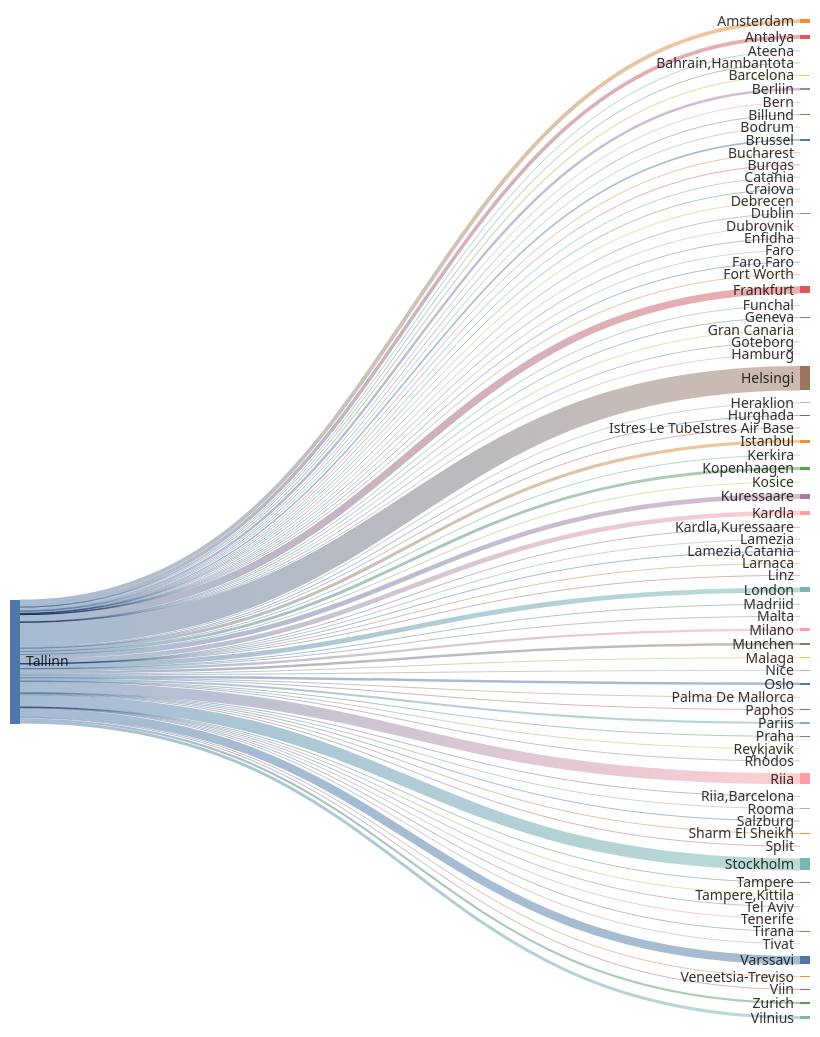
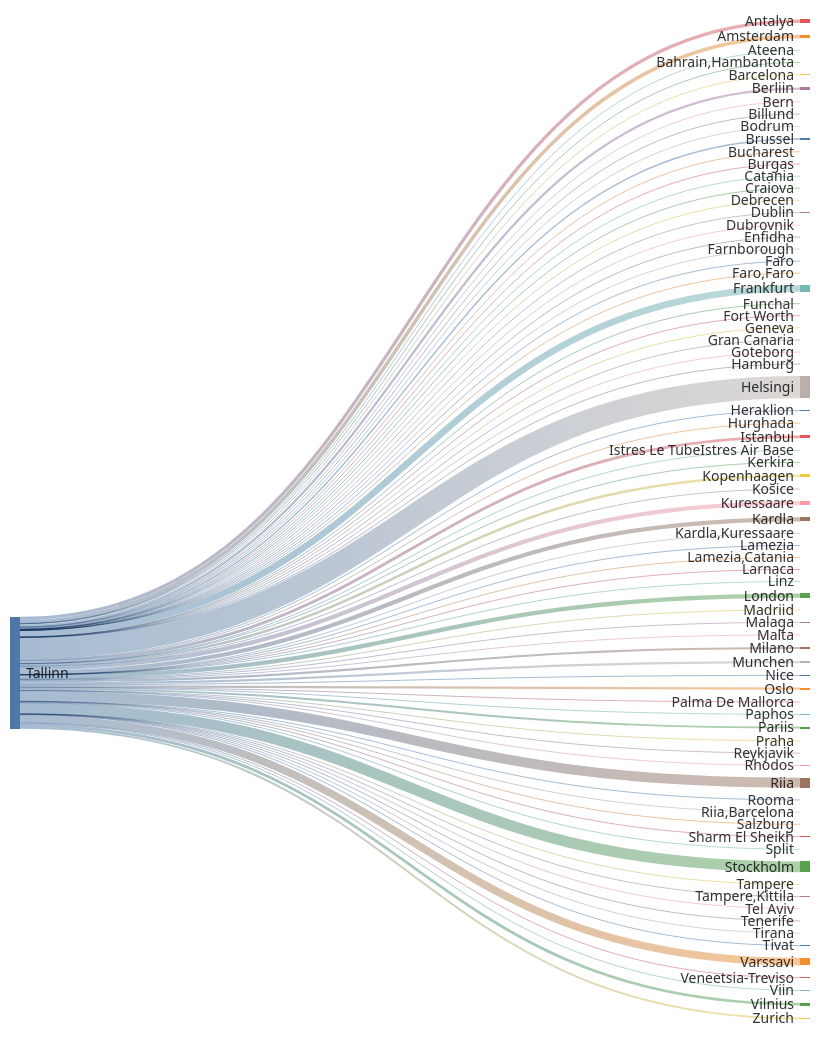
Before and after one commit to rainermesi/tll-airport-departures: the second of 2 diagrams in README.md, drawn with Mermaid. The commit also changed other lines of this file and 1 other file, not shown here.

````diff
--- a/README.md
+++ b/README.md
@@ -41,80 +41,81 @@
 ---
 sankey-beta
 %% source,target,value
-Tallinn,Amsterdam,449
-Tallinn,Antalya,412
+Tallinn,Amsterdam,451
+Tallinn,Antalya,414
 Tallinn,Ateena,16
 Tallinn,"Bahrain,Hambantota",1
 Tallinn,Barcelona,125
-Tallinn,Berliin,286
+Tallinn,Berliin,288
 Tallinn,Bern,1
 Tallinn,Billund,72
 Tallinn,Bodrum,11
-Tallinn,Brussel,177
+Tallinn,Brussel,178
 Tallinn,Bucharest,1
-Tallinn,Burgas,51
+Tallinn,Burgas,52
 Tallinn,Catania,2
 Tallinn,Craiova,1
 Tallinn,Debrecen,1
 Tallinn,Dublin,90
 Tallinn,Dubrovnik,21
 Tallinn,Enfidha,7
+Tallinn,Farnborough,1
 Tallinn,Faro,4
 Tallinn,"Faro,Faro",1
 Tallinn,Fort Worth,1
-Tallinn,Frankfurt,828
+Tallinn,Frankfurt,831
 Tallinn,Funchal,5
 Tallinn,Geneva,13
 Tallinn,Gran Canaria,38
 Tallinn,Goteborg,2
 Tallinn,Hamburg,2
-Tallinn,Helsingi,2799
+Tallinn,Helsingi,2809
 Tallinn,Heraklion,90
 Tallinn,Hurghada,75
-Tallinn,Istanbul,366
+Tallinn,Istanbul,367
 Tallinn,Istres Le TubeIstres Air Base,2
 Tallinn,Kerkira,4
 Tallinn,Kopenhaagen,334
 Tallinn,Kosice,1
-Tallinn,Kuressaare,532
-Tallinn,Kardla,534
+Tallinn,Kuressaare,534
+Tallinn,Kardla,536
 Tallinn,"Kardla,Kuressaare",1
 Tallinn,Lamezia,1
 Tallinn,"Lamezia,Catania",3
 Tallinn,Larnaca,4
 Tallinn,Linz,2
-Tallinn,London,551
+Tallinn,London,553
 Tallinn,Madriid,2
 Tallinn,Malaga,112
 Tallinn,Malta,26
 Tallinn,Milano,267
-Tallinn,Munchen,279
+Tallinn,Munchen,281
 Tallinn,Nice,47
-Tallinn,Oslo,285
+Tallinn,Oslo,286
 Tallinn,Palma De Mallorca,30
 Tallinn,Paphos,66
-Tallinn,Pariis,240
-Tallinn,Praha,78
+Tallinn,Pariis,242
+Tallinn,Praha,79
 Tallinn,Reykjavik,15
-Tallinn,Rhodos,54
-Tallinn,Riia,1258
+Tallinn,Rhodos,55
+Tallinn,Riia,1262
 Tallinn,"Riia,Barcelona",1
 Tallinn,Rooma,80
 Tallinn,Salzburg,14
-Tallinn,Sharm El Sheikh,100
-Tallinn,Split,47
-Tallinn,Stockholm,1379
+Tallinn,Sharm El Sheikh,101
+Tallinn,Split,48
+Tallinn,Stockholm,1383
 Tallinn,Tampere,17
 Tallinn,"Tampere,Kittila",21
 Tallinn,Tel Aviv,2
 Tallinn,Tenerife,58
-Tallinn,Tirana,28
+Tallinn,Tirana,29
 Tallinn,Tivat,59
-Tallinn,Varssavi,965
+Tallinn,Varssavi,969
 Tallinn,Veneetsia-Treviso,67
 Tallinn,Viin,106
-Tallinn,Vilnius,349
-Tallinn,Zurich,246
+Tallinn,Vilnius,350
+Tallinn,Zurich,247
 
 
 ```
````
